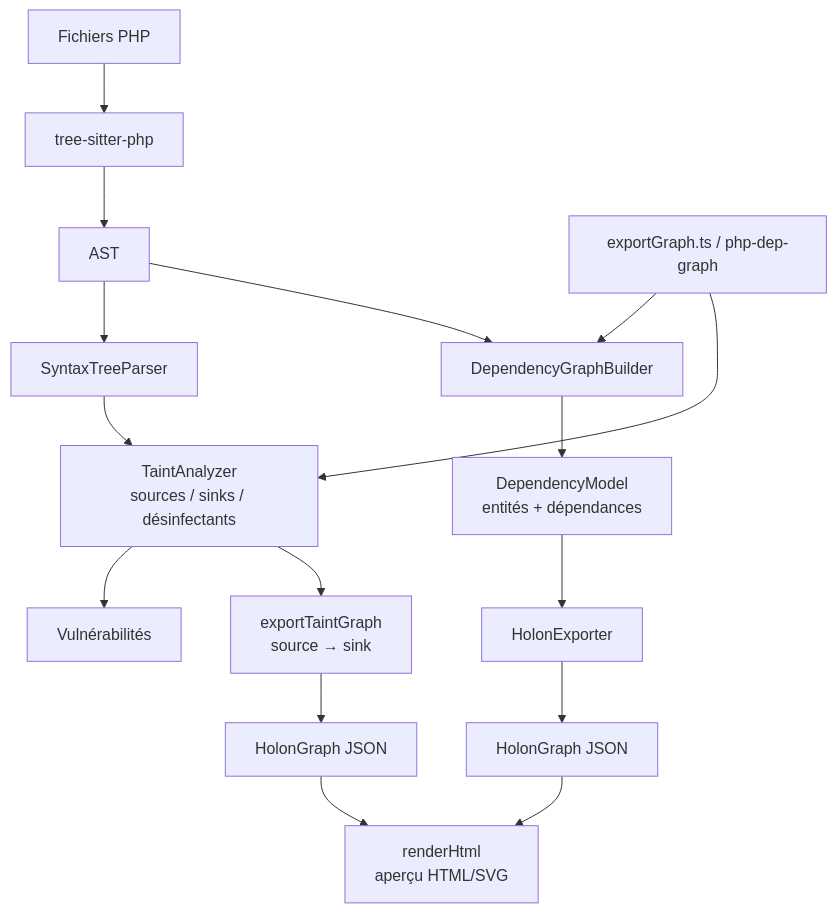
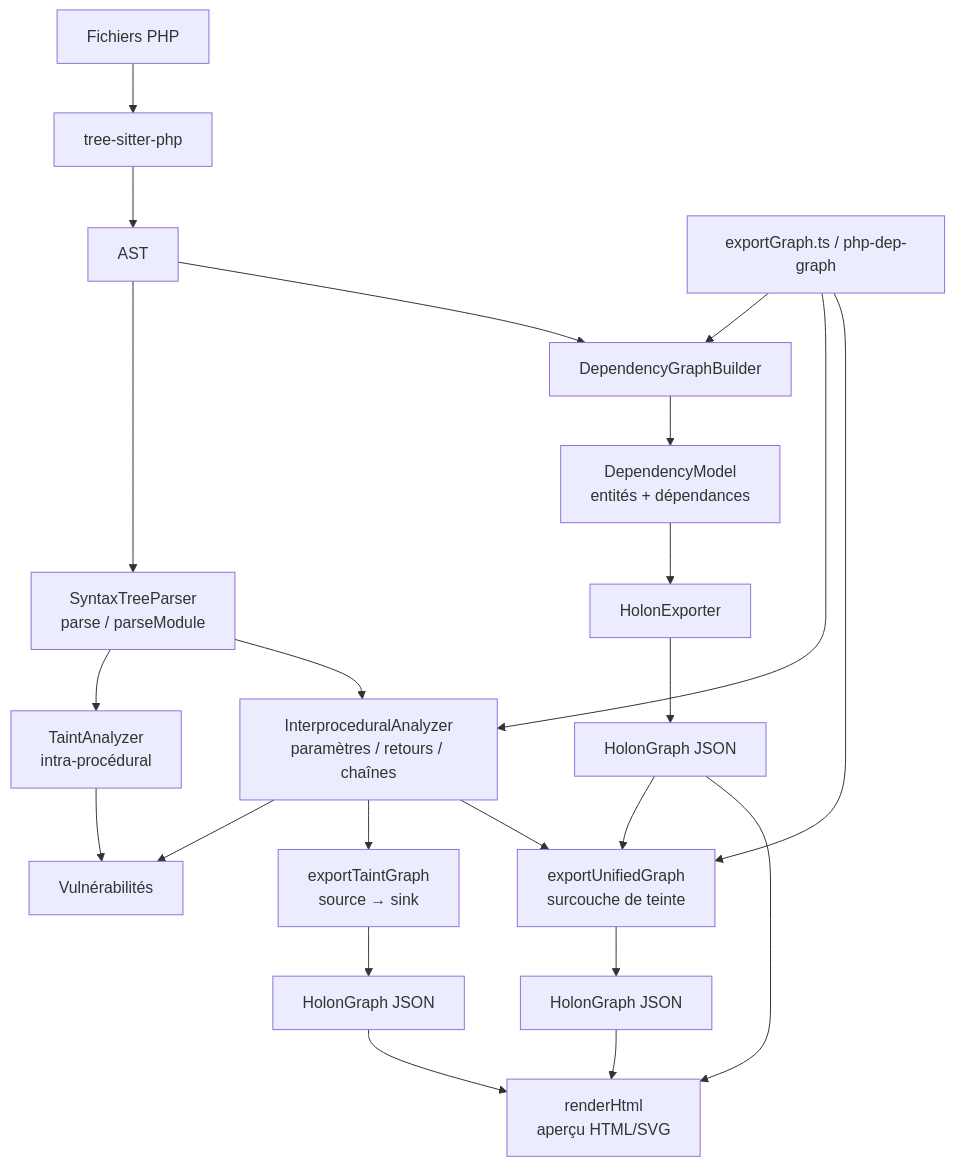
One commit to venantvr-security/typescript.PHP.Sec.Scan changed the second of 2 diagrams in CLAUDE.md. Above: the diagram before and after it, drawn with Mermaid. The commit also changed other lines of this file and 13 other files, not shown here.

````diff
--- a/CLAUDE.md
+++ b/CLAUDE.md
@@ -50,23 +50,31 @@
 ```mermaid
 flowchart TD
     PHP[Fichiers PHP] --> Parser[tree-sitter-php]
     Parser --> AST[AST]
 
-    AST --> STP[SyntaxTreeParser]
-    STP --> Taint[TaintAnalyzer<br/>sources / sinks / désinfectants]
+    AST --> STP[SyntaxTreeParser<br/>parse / parseModule]
+    STP --> Taint[TaintAnalyzer<br/>intra-procédural]
+    STP --> IPT[InterproceduralAnalyzer<br/>paramètres / retours / chaînes]
     Taint --> Vulns[Vulnérabilités]
+    IPT --> Vulns
 
-    Taint --> TG[exportTaintGraph<br/>source → sink]
+    IPT --> TG[exportTaintGraph<br/>source → sink]
     TG --> Holon2[HolonGraph JSON]
 
     AST --> DGB[DependencyGraphBuilder]
     DGB --> Model[DependencyModel<br/>entités + dépendances]
     Model --> HE[HolonExporter]
     HE --> Graph[HolonGraph JSON]
 
+    Graph --> UNI[exportUnifiedGraph<br/>surcouche de teinte]
+    IPT --> UNI
+    UNI --> Holon3[HolonGraph JSON]
+
     Graph --> Render[renderHtml<br/>aperçu HTML/SVG]
     Holon2 --> Render
+    Holon3 --> Render
 
     CLI[exportGraph.ts / php-dep-graph] --> DGB
-    CLI --> Taint
+    CLI --> IPT
+    CLI --> UNI
 ```
````
